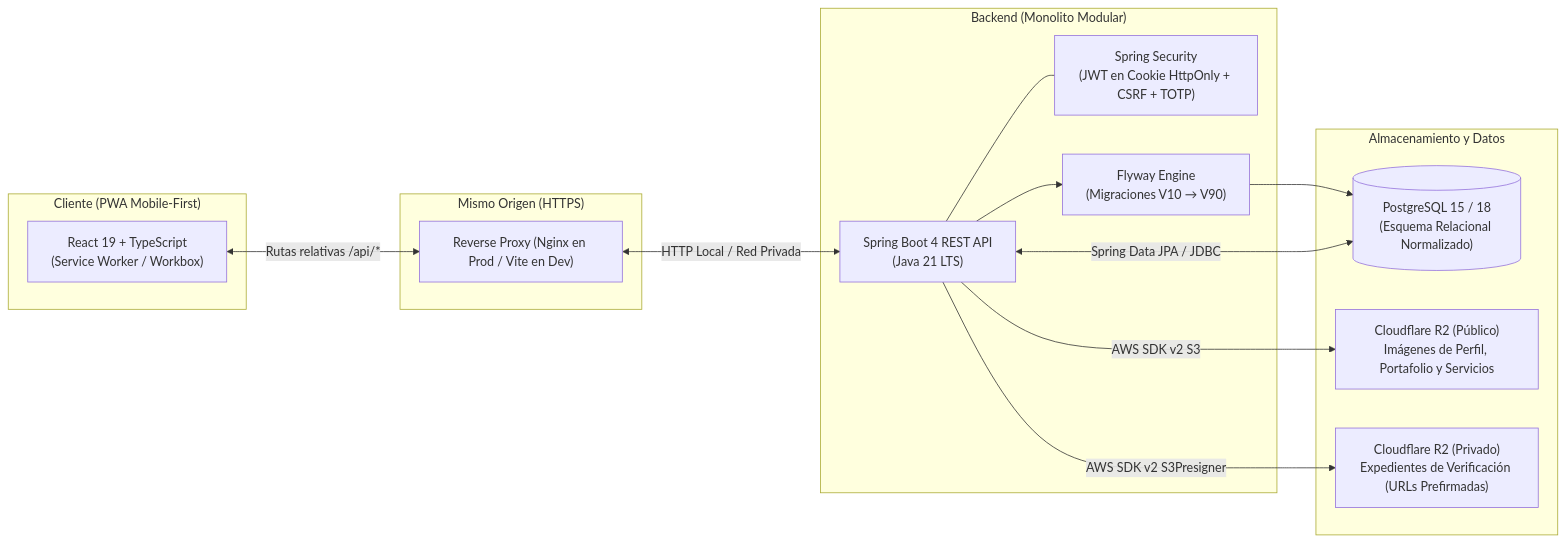
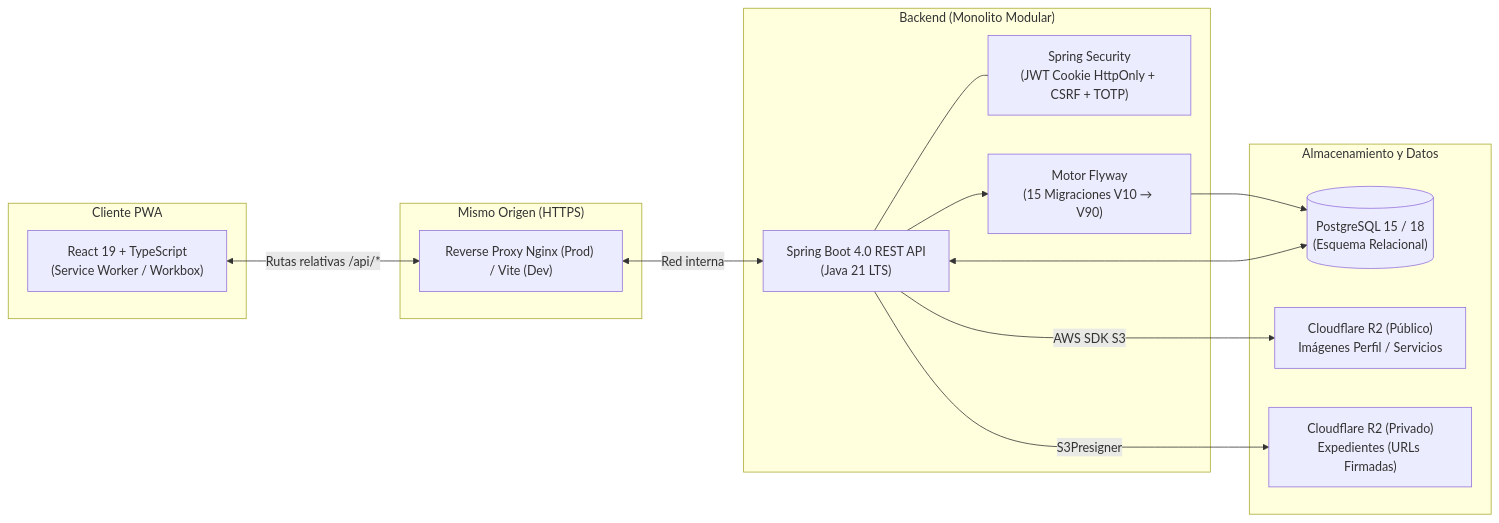
Before and after one commit to robertofabiot/moica-hackathon: the second of 2 diagrams in README.md, drawn with Mermaid. The commit also changed other lines of this file, not shown here.

````diff
--- a/README.md
+++ b/README.md
@@ -156,31 +107,31 @@
 ```mermaid
 flowchart LR
-    subgraph Cliente ["Cliente (PWA Mobile-First)"]
+    subgraph Cliente ["Cliente PWA"]
         A["React 19 + TypeScript\n(Service Worker / Workbox)"]
     end
 
     subgraph Origen ["Mismo Origen (HTTPS)"]
-        Proxy["Reverse Proxy (Nginx en Prod / Vite en Dev)"]
+        Proxy["Reverse Proxy Nginx (Prod) / Vite (Dev)"]
     end
 
     subgraph Servidor ["Backend (Monolito Modular)"]
-        API["Spring Boot 4 REST API\n(Java 21 LTS)"]
-        Sec["Spring Security\n(JWT en Cookie HttpOnly + CSRF + TOTP)"]
-        Flyway["Flyway Engine\n(Migraciones V10 → V90)"]
+        API["Spring Boot 4.0 REST API\n(Java 21 LTS)"]
+        Sec["Spring Security\n(JWT Cookie HttpOnly + CSRF + TOTP)"]
+        Flyway["Motor Flyway\n(15 Migraciones V10 → V90)"]
     end
 
     subgraph Persistencia ["Almacenamiento y Datos"]
-        DB[("PostgreSQL 15 / 18\n(Esquema Relacional Normalizado)")]
-        R2Pub["Cloudflare R2 (Público)\nImágenes de Perfil, Portafolio y Servicios"]
-        R2Priv["Cloudflare R2 (Privado)\nExpedientes de Verificación (URLs Prefirmadas)"]
+        DB[("PostgreSQL 15 / 18\n(Esquema Relacional)")]
+        R2Pub["Cloudflare R2 (Público)\nImágenes Perfil / Servicios"]
+        R2Priv["Cloudflare R2 (Privado)\nExpedientes (URLs Firmadas)"]
     end
 
     A <-->|Rutas relativas /api/*| Proxy
-    Proxy <-->|HTTP Local / Red Privada| API
+    Proxy <-->|Red interna| API
     API --- Sec
     API --> Flyway
     Flyway --> DB
-    API <-->|Spring Data JPA / JDBC| DB
-    API -->|AWS SDK v2 S3| R2Pub
-    API -->|AWS SDK v2 S3Presigner| R2Priv
+    API <--> DB
+    API -->|AWS SDK S3| R2Pub
+    API -->|S3Presigner| R2Priv
 ```
````
